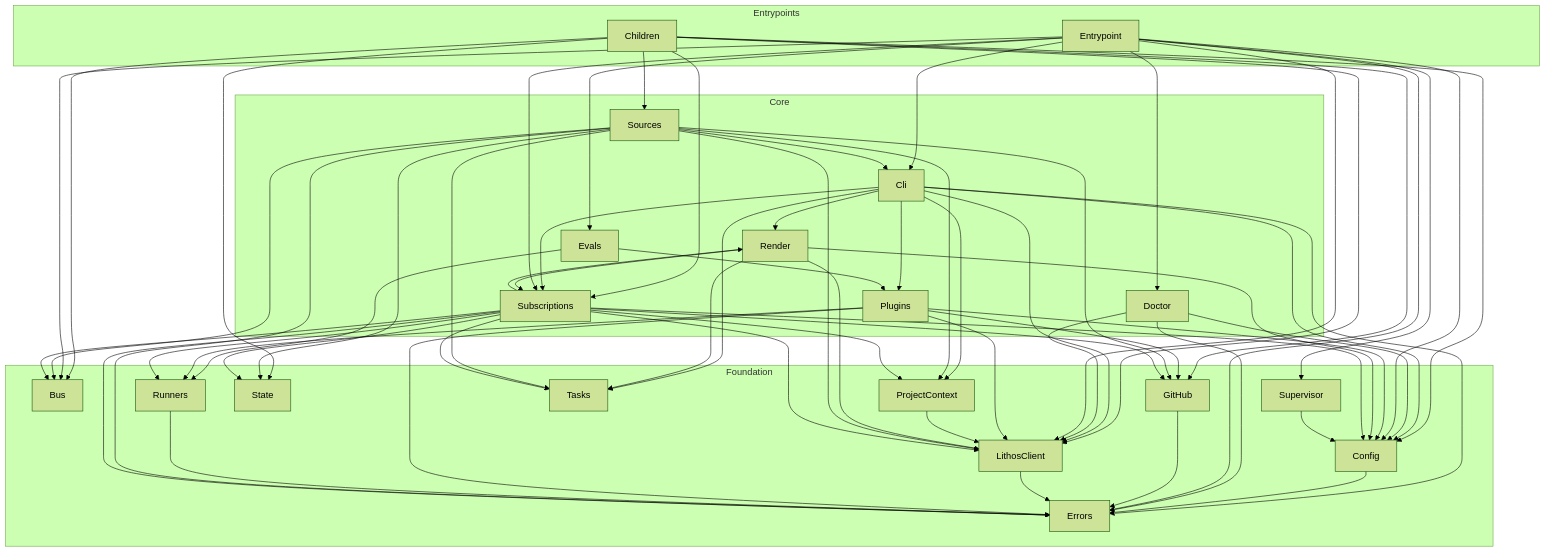
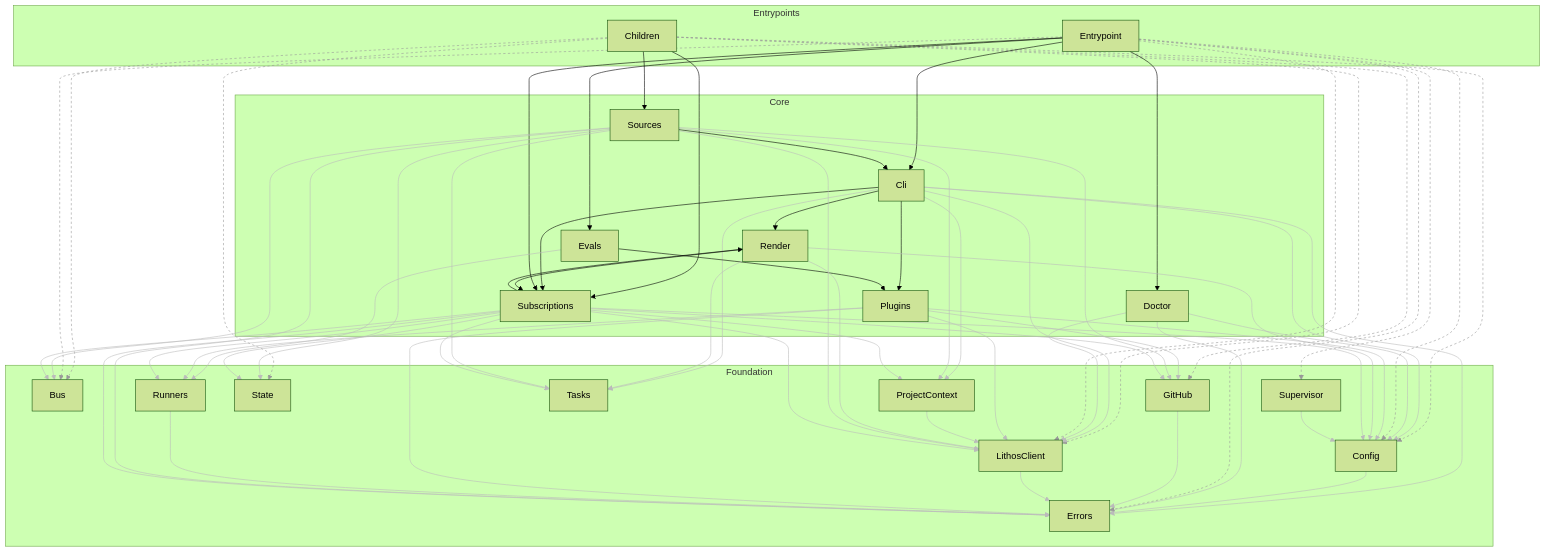
Before and after one commit to agent-lore/lithos-loom: the diagram in docs/generated/architecture.md, drawn with Mermaid (forest theme). The commit also changed 50 other files, not shown here.

First line of the commit message:
feat(guardrail): extend architecture tooling — metrics, budgets, trends, per-component pages (#228)

````diff
--- a/docs/generated/architecture.md
+++ b/docs/generated/architecture.md
@@ -30,6 +30,25 @@
     Supervisor
     Tasks
   end
+  click Bus "components/Bus.md"
+  click Children "components/Children.md"
+  click Cli "components/Cli.md"
+  click Config "components/Config.md"
+  click Doctor "components/Doctor.md"
+  click Entrypoint "components/Entrypoint.md"
+  click Errors "components/Errors.md"
+  click Evals "components/Evals.md"
+  click GitHub "components/GitHub.md"
+  click LithosClient "components/LithosClient.md"
+  click Plugins "components/Plugins.md"
+  click ProjectContext "components/ProjectContext.md"
+  click Render "components/Render.md"
+  click Runners "components/Runners.md"
+  click Sources "components/Sources.md"
+  click State "components/State.md"
+  click Subscriptions "components/Subscriptions.md"
+  click Supervisor "components/Supervisor.md"
+  click Tasks "components/Tasks.md"
   Children --> Bus
   Children --> Config
   Children --> GitHub
@@ -92,4 +111,53 @@
   Subscriptions --> State
   Subscriptions --> Tasks
   Supervisor --> Config
+  linkStyle 0 stroke:#999,stroke-dasharray:4
+  linkStyle 1 stroke:#999,stroke-dasharray:4
+  linkStyle 2 stroke:#999,stroke-dasharray:4
+  linkStyle 3 stroke:#999,stroke-dasharray:4
+  linkStyle 5 stroke:#999,stroke-dasharray:4
+  linkStyle 7 stroke:#bbb
+  linkStyle 8 stroke:#bbb
+  linkStyle 9 stroke:#bbb
+  linkStyle 11 stroke:#bbb
+  linkStyle 14 stroke:#bbb
+  linkStyle 15 stroke:#bbb
+  linkStyle 16 stroke:#bbb
+  linkStyle 17 stroke:#bbb
+  linkStyle 18 stroke:#bbb
+  linkStyle 19 stroke:#999,stroke-dasharray:4
+  linkStyle 21 stroke:#999,stroke-dasharray:4
+  linkStyle 23 stroke:#999,stroke-dasharray:4
+  linkStyle 25 stroke:#999,stroke-dasharray:4
+  linkStyle 27 stroke:#999,stroke-dasharray:4
+  linkStyle 29 stroke:#bbb
+  linkStyle 30 stroke:#bbb
+  linkStyle 31 stroke:#bbb
+  linkStyle 32 stroke:#bbb
+  linkStyle 33 stroke:#bbb
+  linkStyle 34 stroke:#bbb
+  linkStyle 35 stroke:#bbb
+  linkStyle 36 stroke:#bbb
+  linkStyle 37 stroke:#bbb
+  linkStyle 38 stroke:#bbb
+  linkStyle 39 stroke:#bbb
+  linkStyle 41 stroke:#bbb
+  linkStyle 42 stroke:#bbb
+  linkStyle 43 stroke:#bbb
+  linkStyle 45 stroke:#bbb
+  linkStyle 46 stroke:#bbb
+  linkStyle 47 stroke:#bbb
+  linkStyle 48 stroke:#bbb
+  linkStyle 49 stroke:#bbb
+  linkStyle 50 stroke:#bbb
+  linkStyle 51 stroke:#bbb
+  linkStyle 52 stroke:#bbb
+  linkStyle 53 stroke:#bbb
+  linkStyle 54 stroke:#bbb
+  linkStyle 55 stroke:#bbb
+  linkStyle 56 stroke:#bbb
+  linkStyle 58 stroke:#bbb
+  linkStyle 59 stroke:#bbb
+  linkStyle 60 stroke:#bbb
+  linkStyle 61 stroke:#bbb
 ```
````
